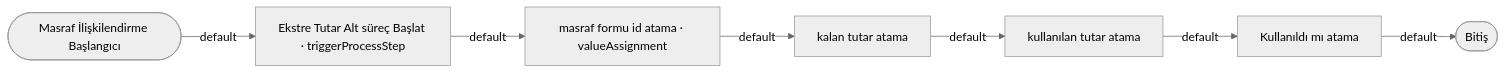
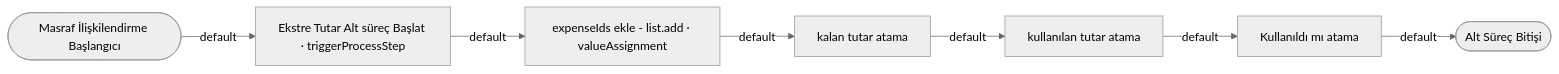
The second of 3 diagrams in bpmEngine/sampleProcess/expenseAndCreditCard/creditCardStatementLine.md (hiveteamsai/flovo-bpm-doc), drawn with Mermaid (neutral theme) before and after one commit. The commit also changed other lines of this file and 51 other files, not shown here.

````diff
--- a/bpmEngine/sampleProcess/expenseAndCreditCard/creditCardStatementLine.md
+++ b/bpmEngine/sampleProcess/expenseAndCreditCard/creditCardStatementLine.md
@@ -28,9 +28,9 @@
 ```mermaid
 flowchart LR
   s1([Masraf İlişkilendirme Başlangıcı]) -->|default| b1[Ekstre Tutar Alt süreç Başlat · triggerProcessStep]
-  b1 -->|default| id1[masraf formu id atama · valueAssignment]
+  b1 -->|default| id1[expenseIds ekle - list.add · valueAssignment]
   id1 -->|default| k1[kalan tutar atama]
   k1 -->|default| ku1[kullanılan tutar atama]
   ku1 -->|default| u1[Kullanıldı mı atama]
-  u1 -->|default| e1([Bitiş])
+  u1 -->|default| e1([Alt Süreç Bitişi])
 ```
````
